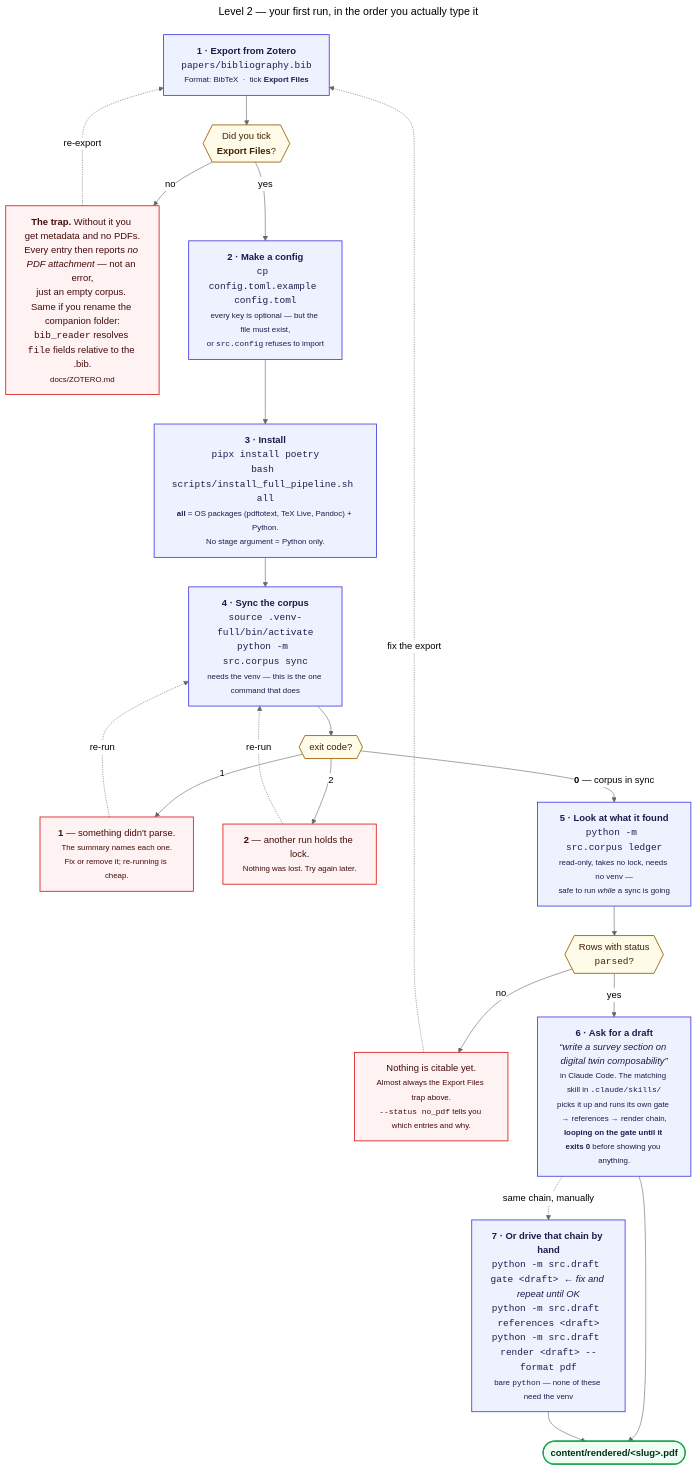
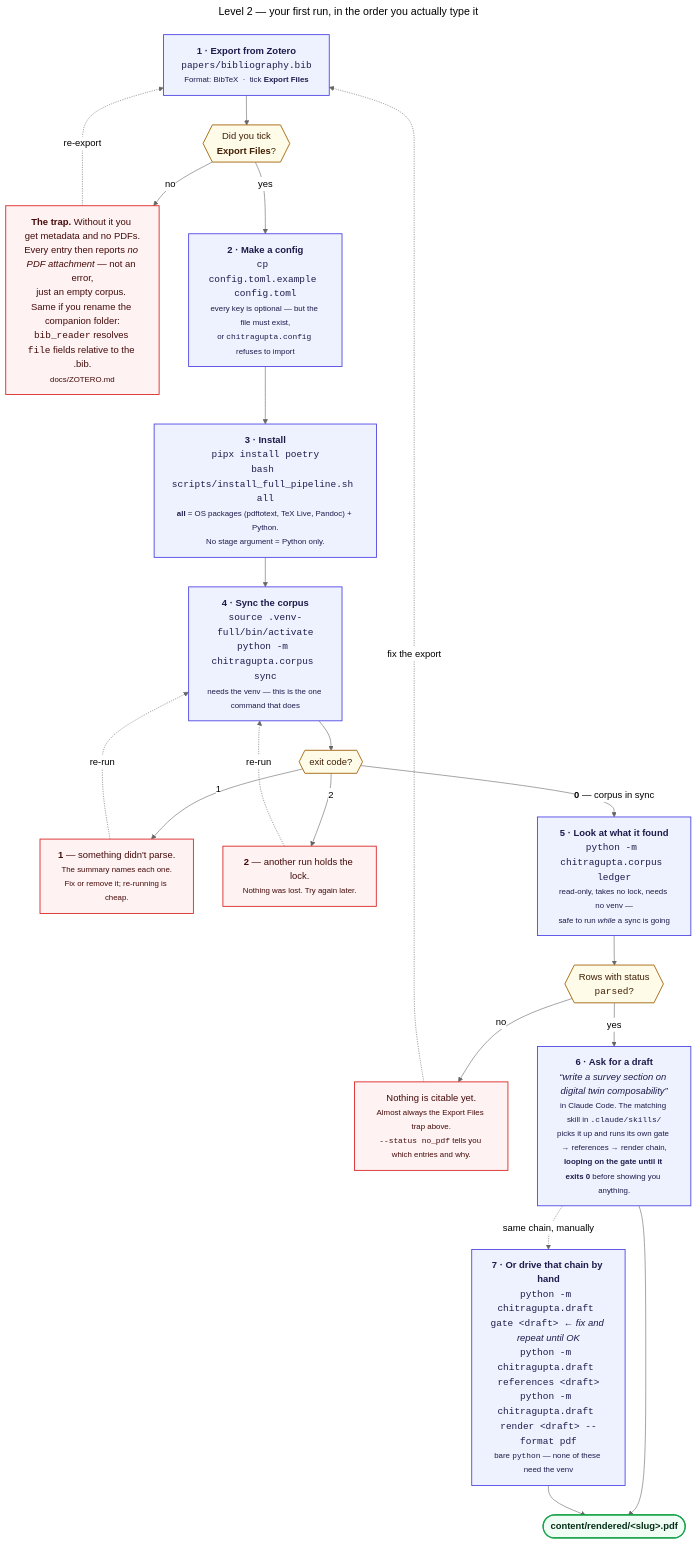
One commit to prasadtalasila/chitragupta changed the diagram in docs/diagrams/v2-first-run.mmd. Above: the diagram before and after it, drawn with Mermaid (neutral theme). The commit also changed 255 other files, not shown here.

```diff
--- a/docs/diagrams/v2-first-run.mmd
+++ b/docs/diagrams/v2-first-run.mmd
@@ -1,52 +1,52 @@
 ---
 title: "Level 2 — your first run, in the order you actually type it"
 ---
 flowchart TB
 
   A["<b>1 · Export from Zotero</b><br/><code>papers/bibliography.bib</code><br/><small>Format: BibTeX &nbsp;·&nbsp; tick <b>Export Files</b></small>"]
   A1{{"Did you tick<br/><b>Export Files</b>?"}}
   ATRAP["<b>The trap.</b> Without it you get metadata and no PDFs.<br/>Every entry then reports <i>no PDF attachment</i> — not an error,<br/>just an empty corpus. Same if you rename the companion folder:<br/><code>bib_reader</code> resolves <code>file</code> fields relative to the .bib.<br/><small>docs/ZOTERO.md</small>"]
 
-  B["<b>2 · Make a config</b><br/><code>cp config.toml.example config.toml</code><br/><small>every key is optional — but the file must exist,<br/>or <code>src.config</code> refuses to import</small>"]
+  B["<b>2 · Make a config</b><br/><code>cp config.toml.example config.toml</code><br/><small>every key is optional — but the file must exist,<br/>or <code>chitragupta.config</code> refuses to import</small>"]
 
   C["<b>3 · Install</b><br/><code>pipx install poetry</code><br/><code>bash scripts/install_full_pipeline.sh all</code><br/><small><b>all</b> = OS packages (pdftotext, TeX Live, Pandoc) + Python.<br/>No stage argument = Python only.</small>"]
 
-  D["<b>4 · Sync the corpus</b><br/><code>source .venv-full/bin/activate</code><br/><code>python -m src.corpus sync</code><br/><small>needs the venv — this is the one command that does</small>"]
+  D["<b>4 · Sync the corpus</b><br/><code>source .venv-full/bin/activate</code><br/><code>python -m chitragupta.corpus sync</code><br/><small>needs the venv — this is the one command that does</small>"]
   D1{{"exit code?"}}
   DFAIL["<b>1</b> — something didn't parse.<br/><small>The summary names each one.<br/>Fix or remove it; re-running is cheap.</small>"]
   DBUSY["<b>2</b> — another run holds the lock.<br/><small>Nothing was lost. Try again later.</small>"]
 
-  E["<b>5 · Look at what it found</b><br/><code>python -m src.corpus ledger</code><br/><small>read-only, takes no lock, needs no venv —<br/>safe to run <i>while</i> a sync is going</small>"]
+  E["<b>5 · Look at what it found</b><br/><code>python -m chitragupta.corpus ledger</code><br/><small>read-only, takes no lock, needs no venv —<br/>safe to run <i>while</i> a sync is going</small>"]
   E1{{"Rows with status<br/><code>parsed</code>?"}}
   EEMPTY["Nothing is citable yet.<br/><small>Almost always the Export Files trap above.<br/><code>--status no_pdf</code> tells you which entries and why.</small>"]
 
   F["<b>6 · Ask for a draft</b><br/><i>“write a survey section on digital twin composability”</i><br/><small>in Claude Code. The matching skill in <code>.claude/skills/</code><br/>picks it up and runs its own gate → references → render chain,<br/><b>looping on the gate until it exits 0</b> before showing you anything.</small>"]
 
-  G["<b>7 · Or drive that chain by hand</b><br/><code>python -m src.draft gate &lt;draft&gt;</code> &nbsp;<i>← fix and repeat until OK</i><br/><code>python -m src.draft references &lt;draft&gt;</code><br/><code>python -m src.draft render &lt;draft&gt; --format pdf</code><br/><small>bare <code>python</code> — none of these need the venv</small>"]
+  G["<b>7 · Or drive that chain by hand</b><br/><code>python -m chitragupta.draft gate &lt;draft&gt;</code> &nbsp;<i>← fix and repeat until OK</i><br/><code>python -m chitragupta.draft references &lt;draft&gt;</code><br/><code>python -m chitragupta.draft render &lt;draft&gt; --format pdf</code><br/><small>bare <code>python</code> — none of these need the venv</small>"]
 
   DONE(["<b>content/rendered/&lt;slug&gt;.pdf</b>"])
 
   A --> A1
   A1 -- no --> ATRAP
   ATRAP -. "re-export" .-> A
   A1 -- yes --> B --> C --> D --> D1
   D1 -- "1" --> DFAIL
   D1 -- "2" --> DBUSY
   DBUSY -. "re-run" .-> D
   DFAIL -. "re-run" .-> D
   D1 -- "<b>0</b> — corpus in sync" --> E --> E1
   E1 -- no --> EEMPTY
   EEMPTY -. "fix the export" .-> A
   E1 -- yes --> F --> DONE
   F -. "same chain, manually" .-> G
   G --> DONE
 
   classDef step fill:#eef2ff,stroke:#4f46e5,stroke-width:1.5px,color:#1e1b4b
   classDef check fill:#fefce8,stroke:#a16207,stroke-width:1.5px,color:#422006
   classDef trap fill:#fef2f2,stroke:#dc2626,stroke-width:1.5px,color:#450a0a
   classDef done fill:#f0fdf4,stroke:#16a34a,stroke-width:2px,color:#052e16
 
   class A,B,C,D,E,F,G step
   class A1,D1,E1 check
   class ATRAP,EEMPTY,DFAIL,DBUSY trap
   class DONE done
```
